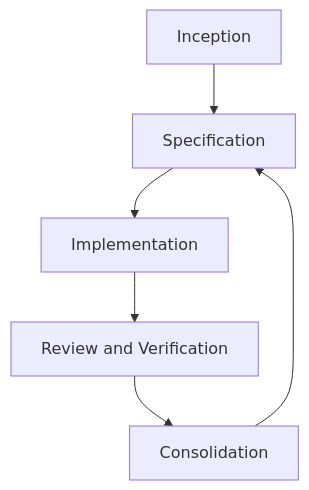
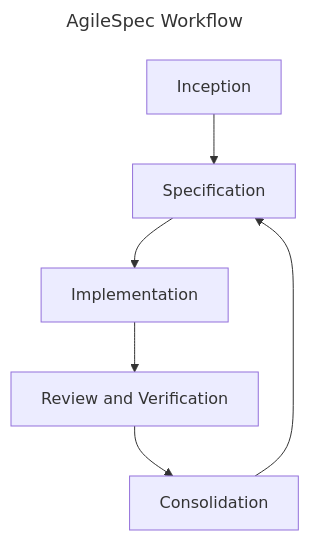
Before and after one commit to mtov/AgileSpec: the fifth of 9 diagrams in README.md, drawn with Mermaid. The commit also changed other lines of this file, not shown here.

Commit message:
docs: refine workflow headings and diagram titles

````diff
--- a/README.md
+++ b/README.md
@@ -262,14 +262,17 @@
 ```mermaid
+---
+title: AgileSpec Workflow
+---
 flowchart TD
     A["Inception"]
     B["Specification"]
     C["Implementation"]
     D["Review and Verification"]
     E["Consolidation"]
 
     A --> B
     B --> C
     C --> D
     D --> E
     E --> B
 ```
````
